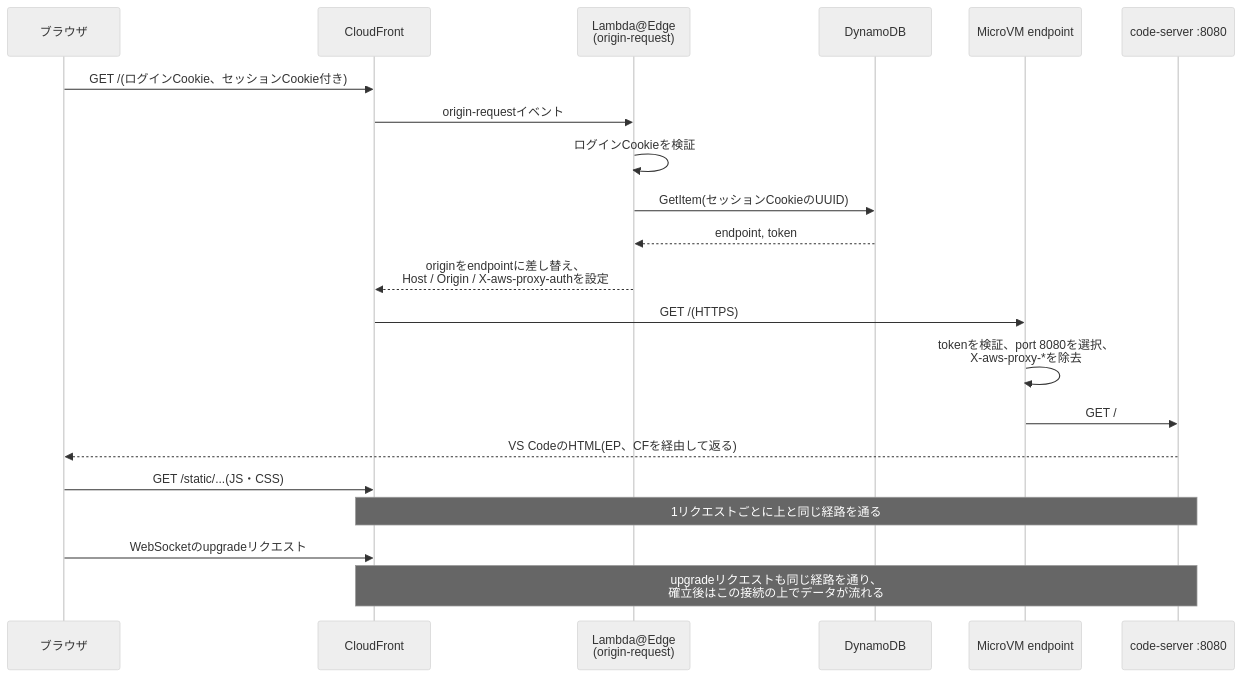
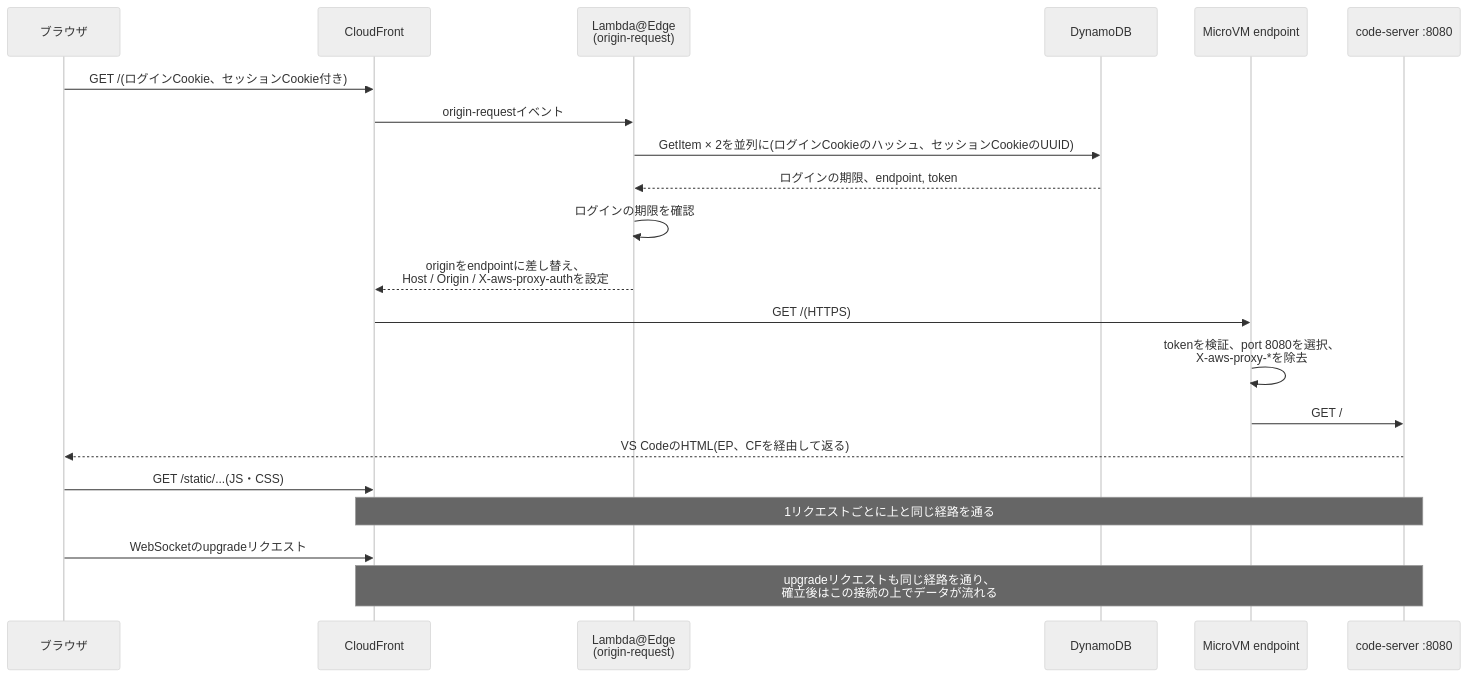
The seventh of 8 diagrams in docs/blog/01-aws-architecture.md (har1101/lambda-microvm-webapp), drawn with Mermaid (neutral theme) before and after one commit. The commit also changed other lines of this file and 3 other files, not shown here.

````diff
--- a/docs/blog/01-aws-architecture.md
+++ b/docs/blog/01-aws-architecture.md
@@ -622,23 +641,23 @@
 ```mermaid
 sequenceDiagram
     participant B as ブラウザ
     participant CF as CloudFront
     participant E as Lambda@Edge<br/>(origin-request)
     participant D as DynamoDB
     participant EP as MicroVM endpoint
     participant CS as code-server :8080
     B->>CF: GET /(ログインCookie、セッションCookie付き)
     CF->>E: origin-requestイベント
-    E->>E: ログインCookieを検証
-    E->>D: GetItem(セッションCookieのUUID)
-    D-->>E: endpoint, token
+    E->>D: GetItem × 2を並列に(ログインCookieのハッシュ、セッションCookieのUUID)
+    D-->>E: ログインの期限、endpoint, token
+    E->>E: ログインの期限を確認
     E-->>CF: originをendpointに差し替え、<br/>Host / Origin / X-aws-proxy-authを設定
     CF->>EP: GET /(HTTPS)
     EP->>EP: tokenを検証、port 8080を選択、<br/>X-aws-proxy-*を除去
     EP->>CS: GET /
     CS-->>B: VS CodeのHTML(EP、CFを経由して返る)
     B->>CF: GET /static/...(JS・CSS)
     Note over CF,CS: 1リクエストごとに上と同じ経路を通る
     B->>CF: WebSocketのupgradeリクエスト
     Note over CF,CS: upgradeリクエストも同じ経路を通り、<br/>確立後はこの接続の上でデータが流れる
 ```
````
